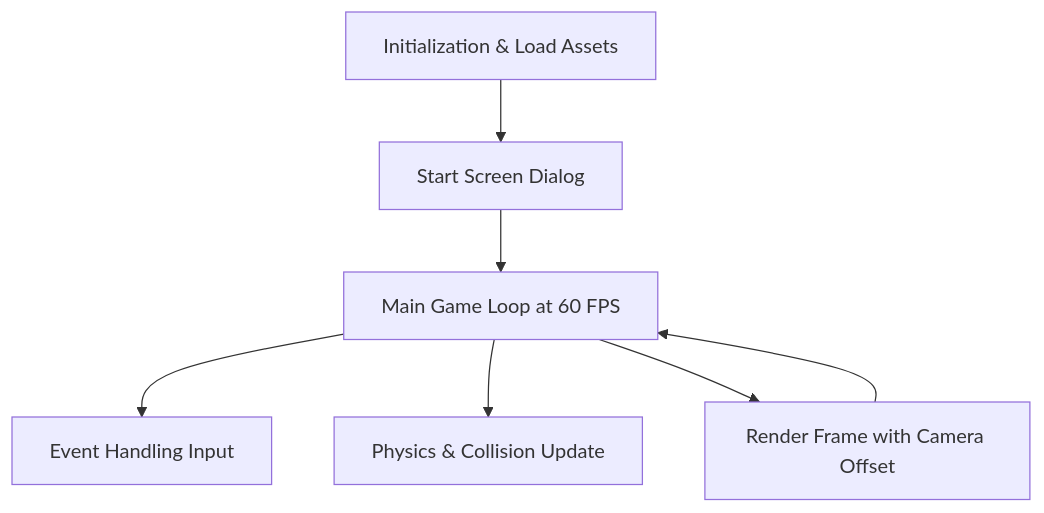
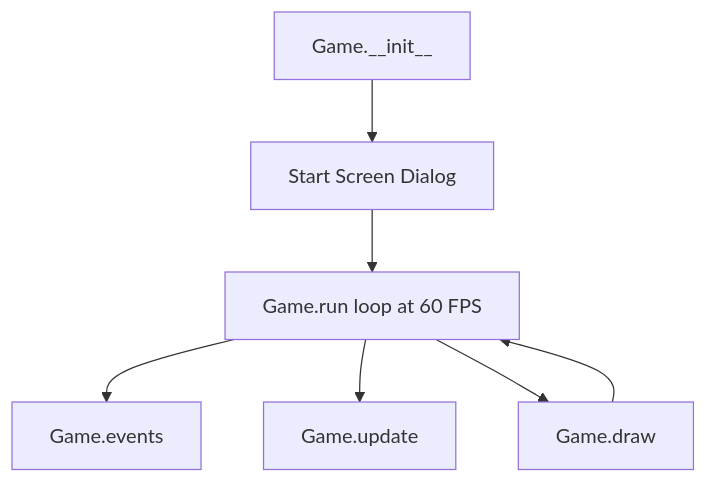
One commit to ayushi1411/Donkey-Kong-V2 changed the diagram in design_doc.md. Above: the diagram before and after it, drawn with Mermaid. The commit also changed other lines of this file and 5 other files, not shown here.

````diff
--- a/design_doc.md
+++ b/design_doc.md
@@ -7,9 +13,9 @@
 ```mermaid
 graph TD
-    A[Initialization & Load Assets] --> B[Start Screen Dialog]
-    B --> C[Main Game Loop at 60 FPS]
-    C --> D[Event Handling Input]
-    C --> E[Physics & Collision Update]
-    C --> F[Render Frame with Camera Offset]
+    A[Game.__init__] --> B[Start Screen Dialog]
+    B --> C[Game.run loop at 60 FPS]
+    C --> D[Game.events]
+    C --> E[Game.update]
+    C --> F[Game.draw]
     F --> C
 ```
````
